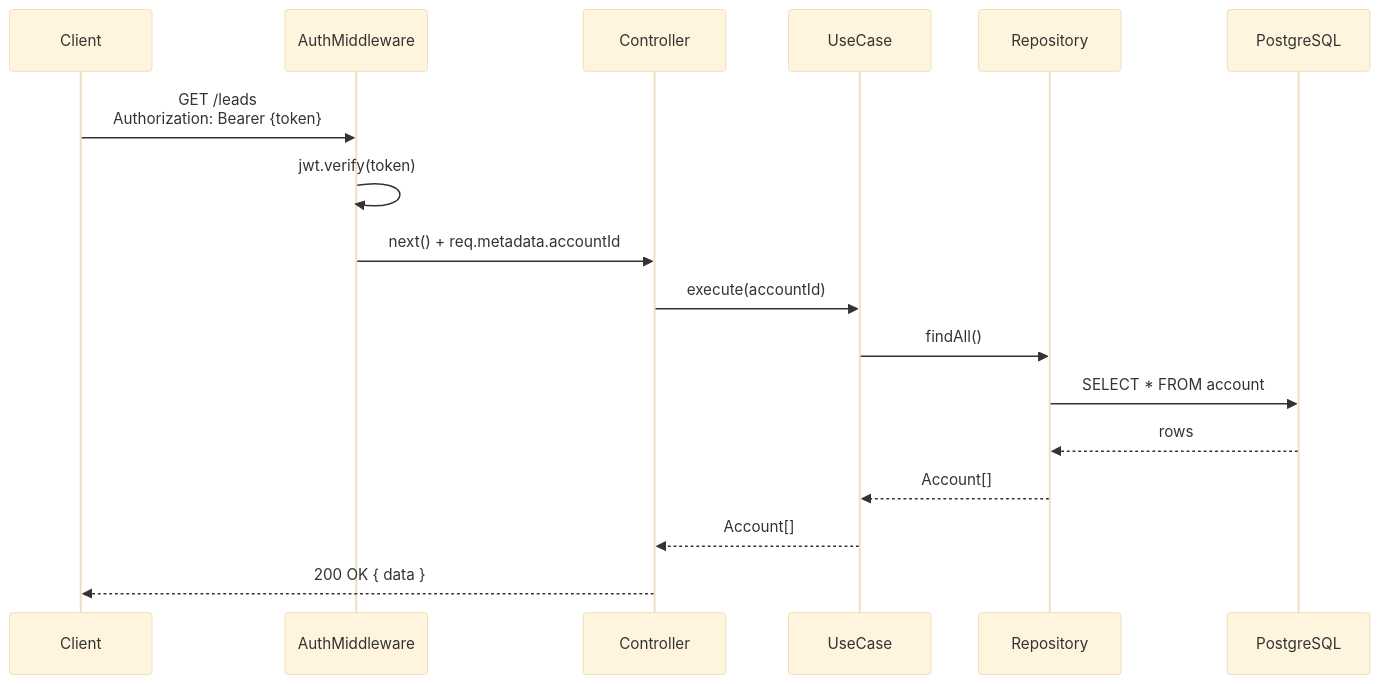
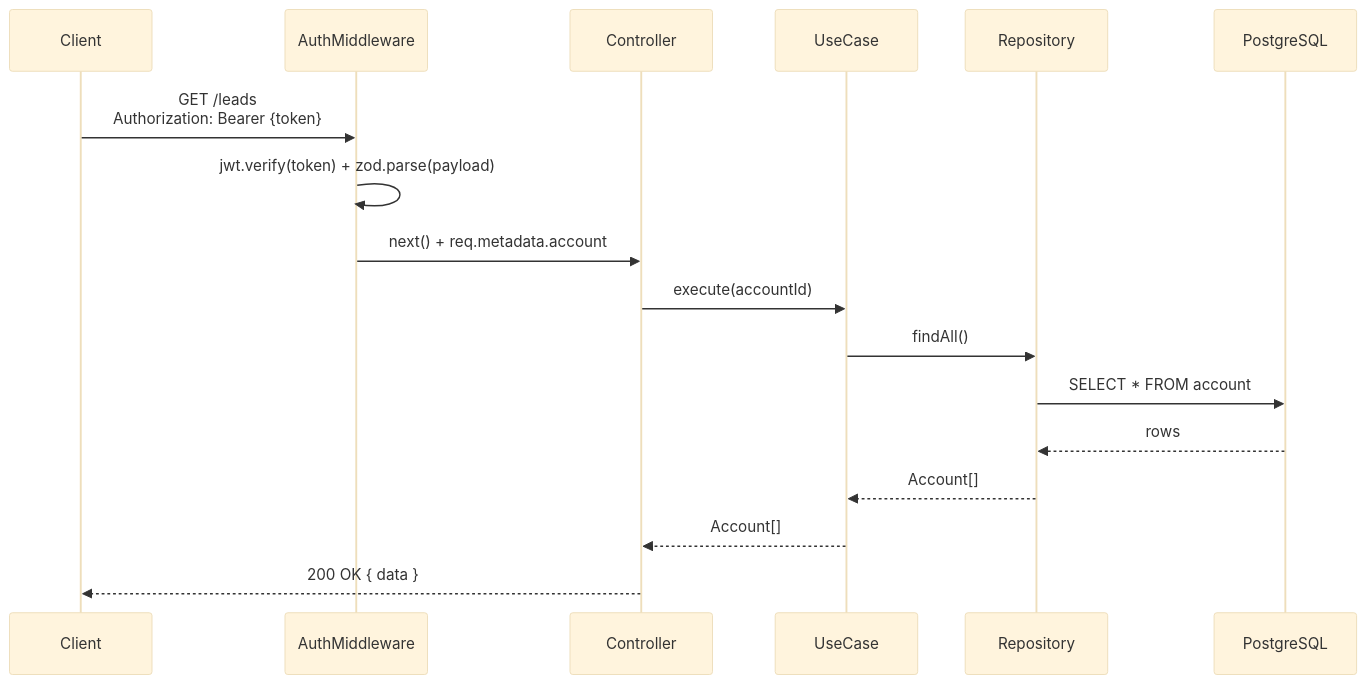
The second of 4 diagrams in README.md (andersonkaiti/node-auth-api), drawn with Mermaid (base theme) before and after one commit. The commit also changed other lines of this file, not shown here.

````diff
--- a/README.md
+++ b/README.md
@@ -65,20 +65,20 @@
 ```mermaid
 sequenceDiagram
   participant C as Client
   participant MW as AuthMiddleware
   participant CT as Controller
   participant UC as UseCase
   participant R as Repository
   participant DB as PostgreSQL
 
   C->>MW: GET /leads<br/>Authorization: Bearer {token}
-  MW->>MW: jwt.verify(token)
-  MW->>CT: next() + req.metadata.accountId
+  MW->>MW: jwt.verify(token) + zod.parse(payload)
+  MW->>CT: next() + req.metadata.account
   CT->>UC: execute(accountId)
   UC->>R: findAll()
   R->>DB: SELECT * FROM account
   DB-->>R: rows
   R-->>UC: Account[]
   UC-->>CT: Account[]
   CT-->>C: 200 OK { data }
 ```
````
